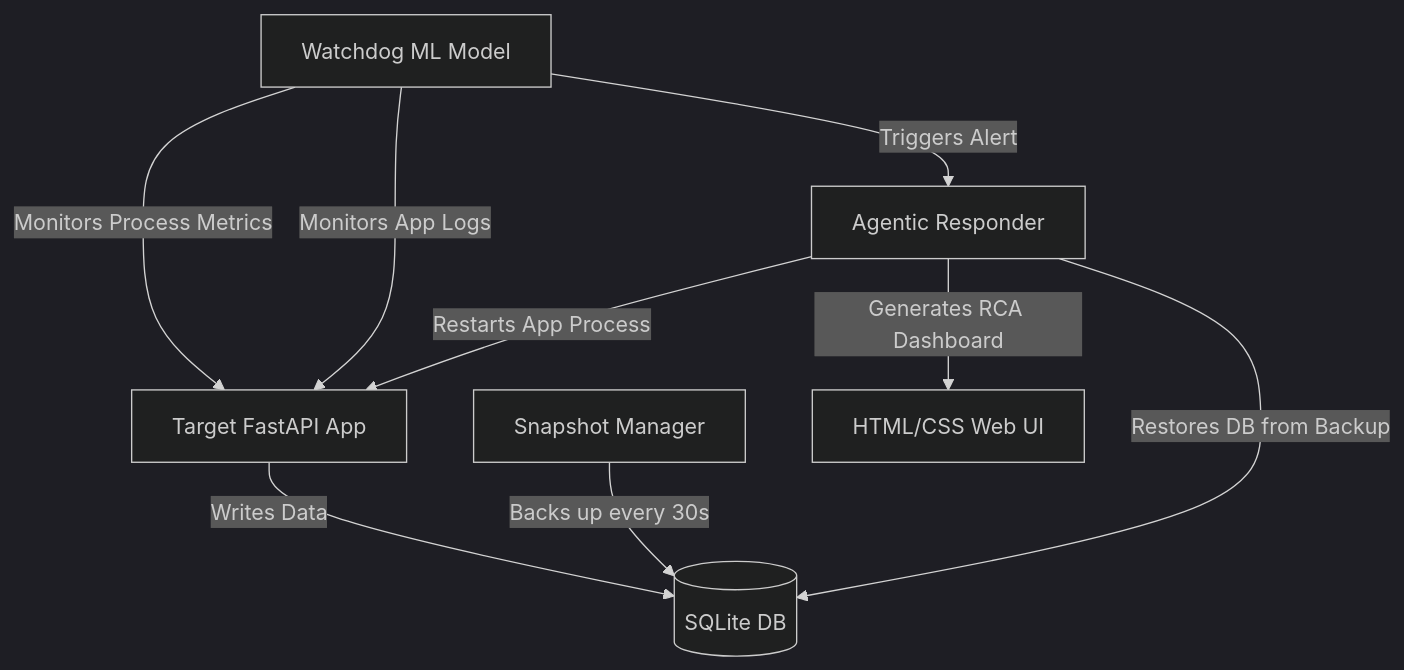
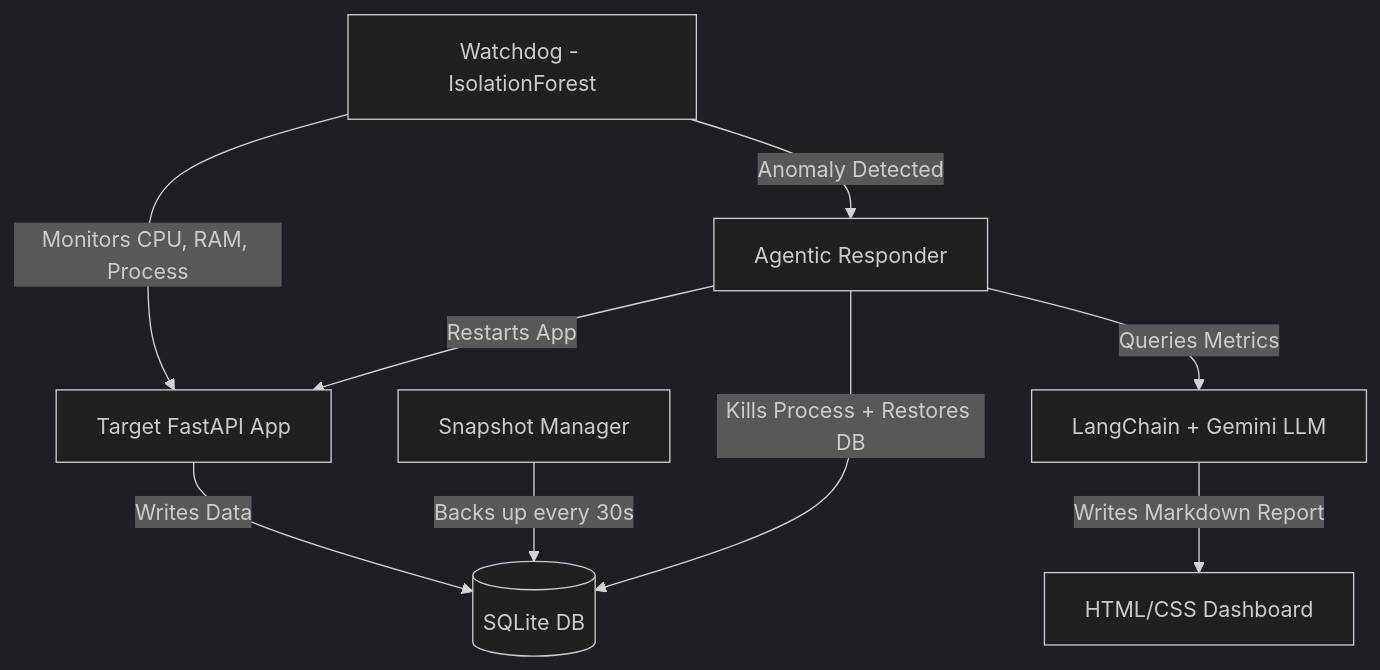
One commit to vishnuatgit/DeepBell changed the diagram in README.md. Above: the diagram before and after it, drawn with Mermaid (dark theme). The commit also changed other lines of this file, not shown here.

Commit message:
docs: finalize README with complete architecture and project timeline

````diff
--- a/README.md
+++ b/README.md
@@ -30,11 +43,11 @@
 ```mermaid
 graph TD;
     A[Target FastAPI App] -->|Writes Data| B[(SQLite DB)]
     C[Snapshot Manager] -->|Backs up every 30s| B
-    D[Watchdog ML Model] -->|Monitors Process Metrics| A
-    D -->|Monitors App Logs| A
-    D -->|Triggers Alert| E[Agentic Responder]
-    E -->|Restores DB from Backup| B
-    E -->|Restarts App Process| A
-    E -->|Generates RCA Dashboard| F[HTML/CSS Web UI]
+    D[Watchdog - IsolationForest] -->|Monitors CPU, RAM, Process| A
+    D -->|Anomaly Detected| E[Agentic Responder]
+    E -->|Kills Process + Restores DB| B
+    E -->|Restarts App| A
+    E -->|Queries Metrics| F[LangChain + Gemini LLM]
+    F -->|Writes Markdown Report| G[HTML/CSS Dashboard]
 ```
````
